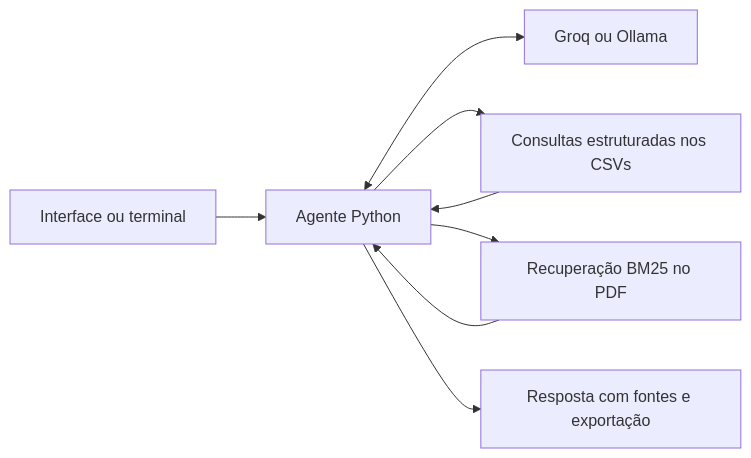
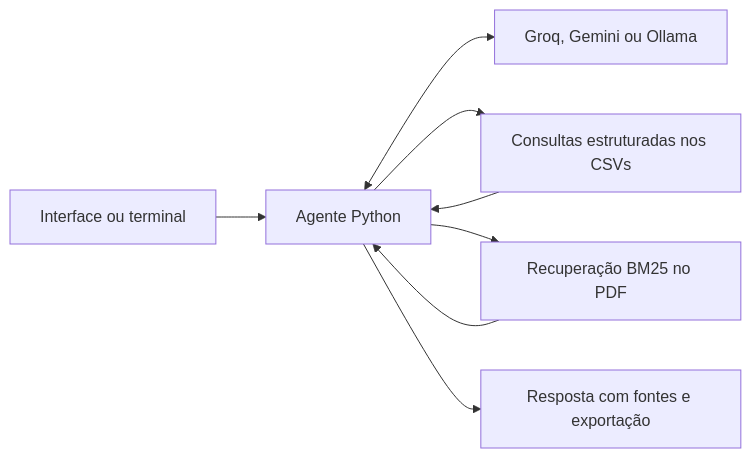
The diagram in README.md (LuccasBassani/emporio-agente), drawn with Mermaid before and after one commit. The commit also changed other lines of this file and 16 other files, not shown here.

````diff
--- a/README.md
+++ b/README.md
@@ -37,10 +36,10 @@
 ```mermaid
 flowchart LR
     UI[Interface ou terminal] --> AG[Agente Python]
-    AG <--> LLM[Groq ou Ollama]
+    AG <--> LLM[Groq, Gemini ou Ollama]
     AG --> CAT[Consultas estruturadas nos CSVs]
     AG --> RAG[Recuperação BM25 no PDF]
     CAT --> AG
     RAG --> AG
     AG --> OUT[Resposta com fontes e exportação]
 ```
````
